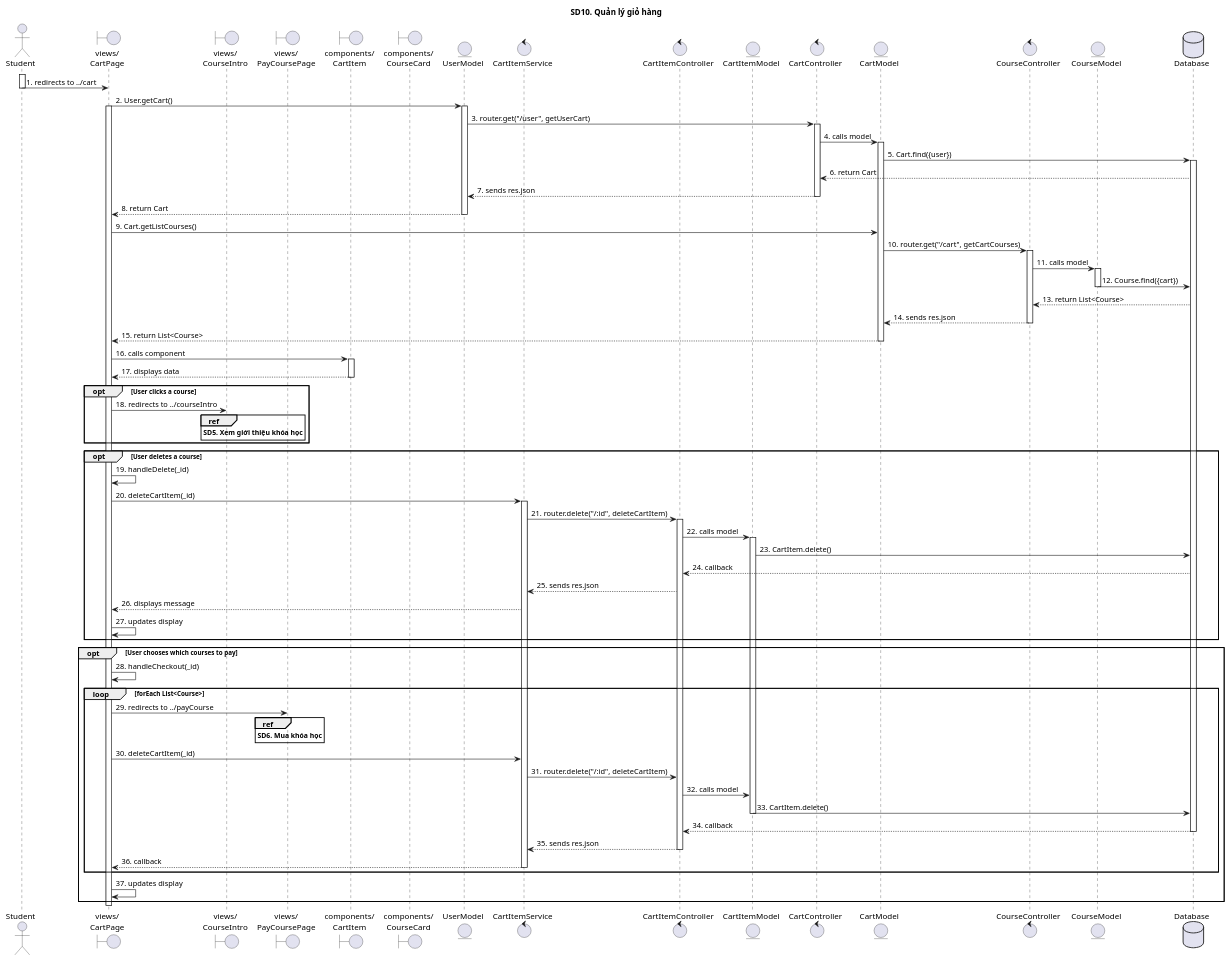
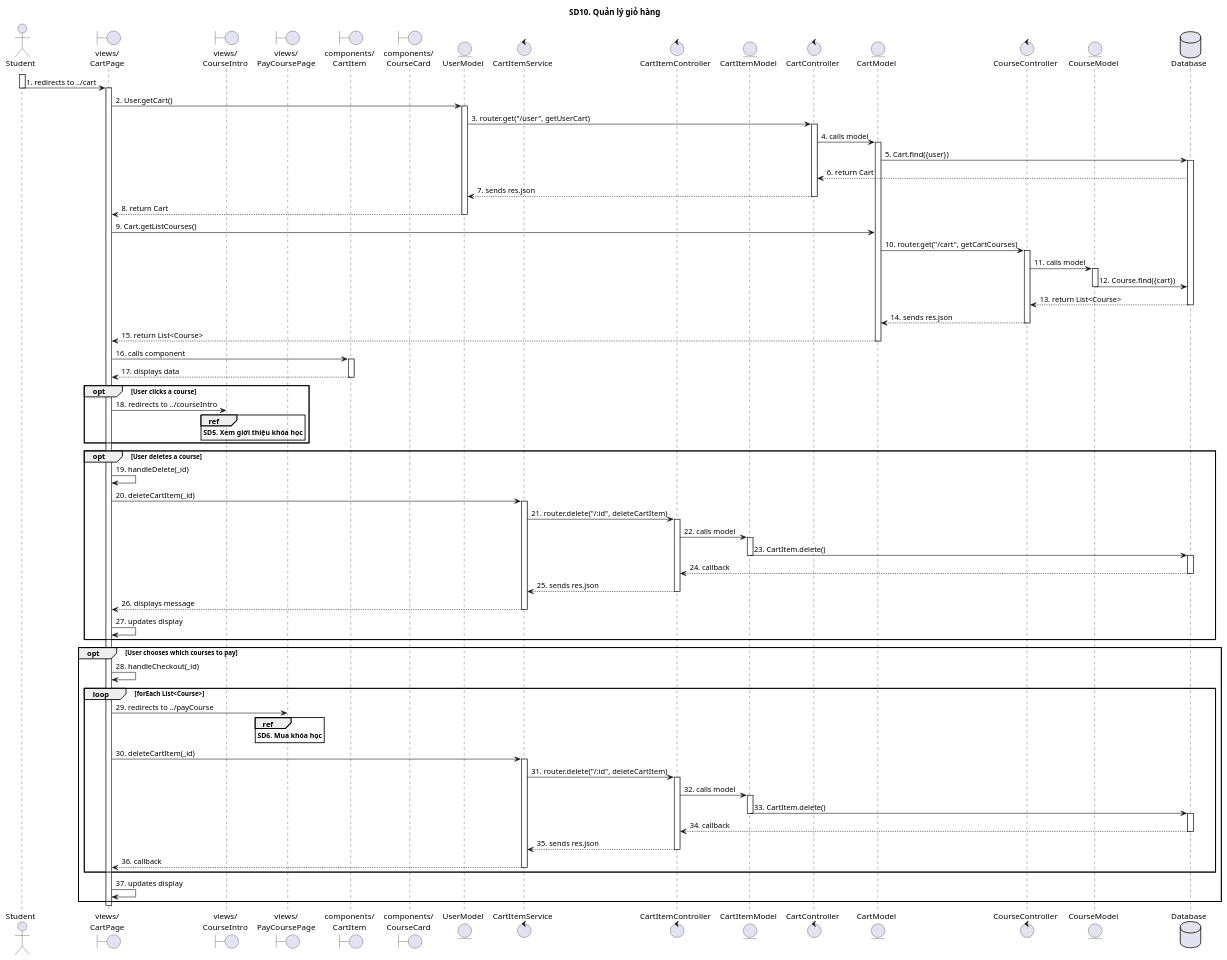
One commit to The-Cookies-Team/UML-Diagrams changed the diagram in SequenceDiagrams/sd10.puml. Above: the diagram before and after it, drawn with PlantUML. The commit also changed 1 other file, not shown here.

```diff
--- a/SequenceDiagrams/sd10.puml
+++ b/SequenceDiagrams/sd10.puml
@@ -1,99 +1,109 @@
 @startuml
 
 title SD10. Quản lý giỏ hàng
 
 actor "Student" as Actor
 boundary "views/\nCartPage" as CartPage
 boundary "views/\nCourseIntro" as CourseIntro
 boundary "views/\nPayCoursePage" as PayCourse
 boundary "components/\nCartItem" as CartItem
 boundary "components/\nCourseCard" as CourseCard
 entity "UserModel"
 control "CartItemService"
 control "CartItemController"
 entity "CartItemModel"
 control "CartController"
 entity "CartModel"
 control "CourseController"
 entity "CourseModel"
 database "Database" as Database
 
 activate Actor
 Actor -> CartPage: 1. redirects to ../cart
 deactivate Actor
+activate CartPage
 CartPage -> UserModel: 2. User.getCart()
-activate CartPage
 activate UserModel
 UserModel -> CartController: 3. router.get("/user", getUserCart)
 activate CartController
 CartController -> CartModel: 4. calls model
 activate CartModel
 CartModel -> Database: 5. Cart.find({user})
 activate Database
 Database --> CartController: 6. return Cart
 CartController --> UserModel: 7. sends res.json
 deactivate CartController
 UserModel --> CartPage: 8. return Cart
 deactivate UserModel
 CartPage -> CartModel: 9. Cart.getListCourses()
 CartModel -> CourseController: 10. router.get("/cart", getCartCourses)
 activate CourseController
 CourseController -> CourseModel: 11. calls model
 activate CourseModel
 CourseModel -> Database: 12. Course.find({cart})
 deactivate CourseModel
 Database --> CourseController: 13. return List<Course>
+deactivate Database
 CourseController --> CartModel: 14. sends res.json
 deactivate CourseController
 CartModel --> CartPage: 15. return List<Course>
 deactivate CartModel
 CartPage -> CartItem: 16. calls component
 activate CartItem
 CartItem --> CartPage: 17. displays data
 deactivate CartItem
 
 opt User clicks a course
 CartPage -> CourseIntro: 18. redirects to ../courseIntro
 ref over CourseIntro
 **SD5. Xem giới thiệu khóa học**
 end ref
 end group
 
 opt User deletes a course
 CartPage -> CartPage: 19. handleDelete(_id)
 CartPage -> CartItemService: 20. deleteCartItem(_id)
 activate CartItemService
 CartItemService -> CartItemController: 21. router.delete("/:id", deleteCartItem)
 activate CartItemController
 CartItemController -> CartItemModel: 22. calls model
 activate CartItemModel
 CartItemModel -> Database: 23. CartItem.delete()
+deactivate CartItemModel
+activate Database
 Database --> CartItemController: 24. callback
+deactivate Database
 CartItemController --> CartItemService: 25. sends res.json
+deactivate CartItemController
 CartItemService --> CartPage: 26. displays message
+deactivate CartItemService
 CartPage -> CartPage: 27. updates display
 end group
 
 opt User chooses which courses to pay
 CartPage -> CartPage: 28. handleCheckout(_id)
 loop forEach List<Course>
 CartPage -> PayCourse: 29. redirects to ../payCourse
 ref over PayCourse
 **SD6. Mua khóa học**
 end ref
 CartPage -> CartItemService: 30. deleteCartItem(_id)
+activate CartItemService
 CartItemService -> CartItemController: 31. router.delete("/:id", deleteCartItem)
+activate CartItemController
 CartItemController -> CartItemModel: 32. calls model
+activate CartItemModel
 CartItemModel -> Database: 33. CartItem.delete()
 deactivate CartItemModel
+activate Database
 Database --> CartItemController: 34. callback
 deactivate Database
 CartItemController --> CartItemService: 35. sends res.json
 deactivate CartItemController
 CartItemService --> CartPage: 36. callback
 deactivate CartItemService
 end
 CartPage -> CartPage: 37. updates display
 end
 deactivate CartPage
 @enduml
```
